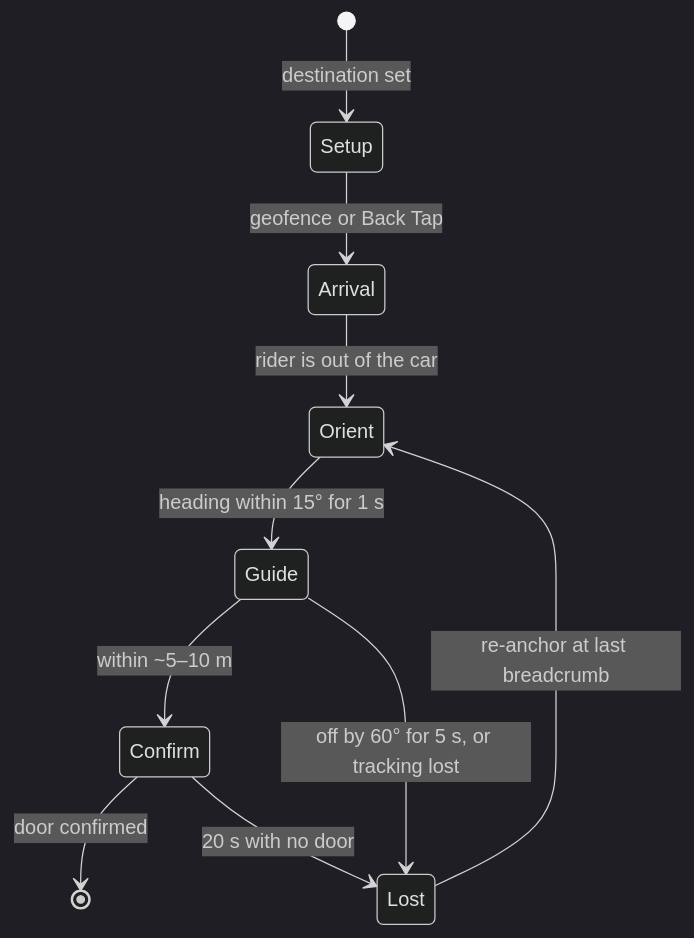
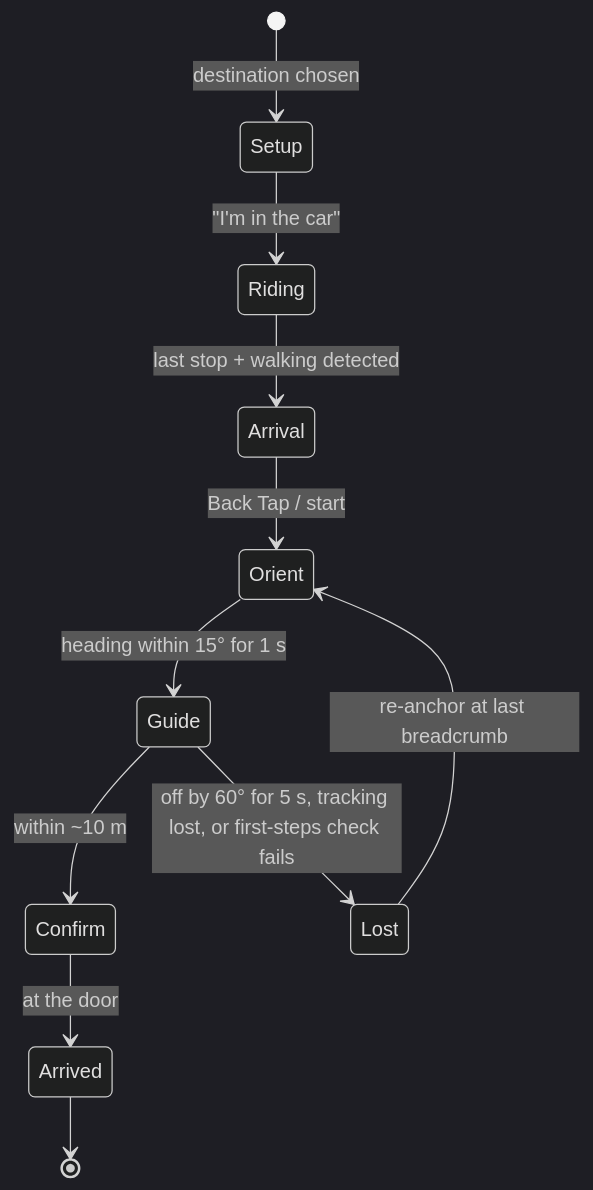
Before and after one commit to MIT-Assistive-Technology/SW_BlindAssistance_Nemo: the second of 2 diagrams in docs/car-to-curb-plan.md, drawn with Mermaid (dark theme). The commit also changed other lines of this file and 22 other files, not shown here.

First line of the commit message:
Apply architecture review fixes (2026-10-06)

````diff
--- a/docs/car-to-curb-plan.md
+++ b/docs/car-to-curb-plan.md
@@ -522,12 +586,13 @@
 ```mermaid
 stateDiagram-v2
-  [*] --> Setup: destination set
-  Setup --> Arrival: geofence or Back Tap
-  Arrival --> Orient: rider is out of the car
+  [*] --> Setup: destination chosen
+  Setup --> Riding: "I'm in the car"
+  Riding --> Arrival: last stop + walking detected
+  Arrival --> Orient: Back Tap / start
   Orient --> Guide: heading within 15° for 1 s
-  Guide --> Confirm: within ~5–10 m
-  Confirm --> [*]: door confirmed
-  Guide --> Lost: off by 60° for 5 s, or tracking lost
-  Confirm --> Lost: 20 s with no door
+  Guide --> Confirm: within ~10 m
+  Confirm --> Arrived: at the door
+  Guide --> Lost: off by 60° for 5 s, tracking lost, or first-steps check fails
   Lost --> Orient: re-anchor at last breadcrumb
+  Arrived --> [*]
 ```
````
